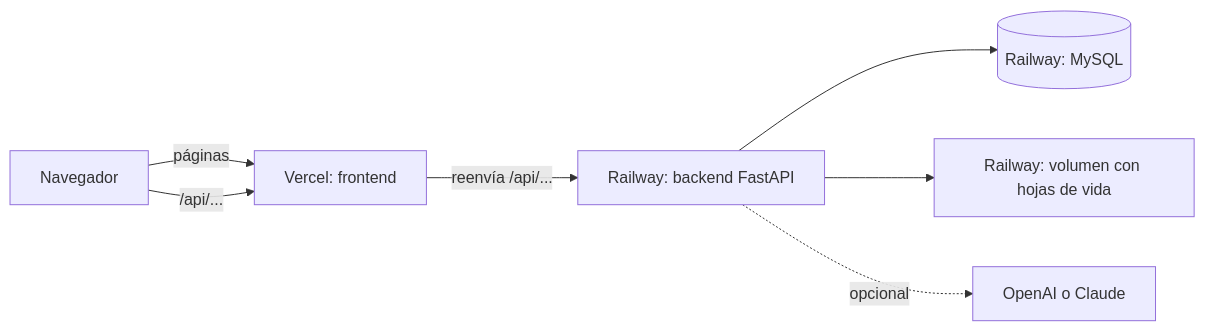
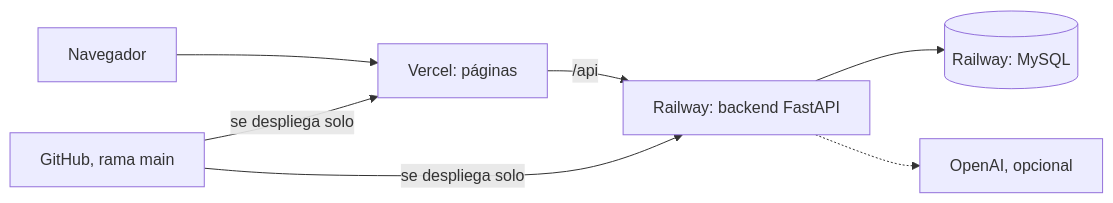
One commit to DavidCg3233/Empleate-JobMatch changed the diagram in DOCUMENTACION.md. Above: the diagram before and after it, drawn with Mermaid. The commit also changed other lines of this file and 6 other files, not shown here.

````diff
--- a/DOCUMENTACION.md
+++ b/DOCUMENTACION.md
@@ -47,9 +23,9 @@
 ```mermaid
 flowchart LR
-    U[Navegador] -->|páginas| V[Vercel: frontend]
-    U -->|/api/...| V
-    V -->|reenvía /api/...| R[Railway: backend FastAPI]
-    R --> D[(Railway: MySQL)]
-    R --> F[Railway: volumen con hojas de vida]
-    R -.opcional.-> I[OpenAI o Claude]
+    U[Navegador] --> V[Vercel: páginas]
+    V -- /api --> R[Railway: backend FastAPI]
+    R --> M[(Railway: MySQL)]
+    R -.-> AI[OpenAI, opcional]
+    G[GitHub, rama main] -- se despliega solo --> V
+    G -- se despliega solo --> R
 ```
````
